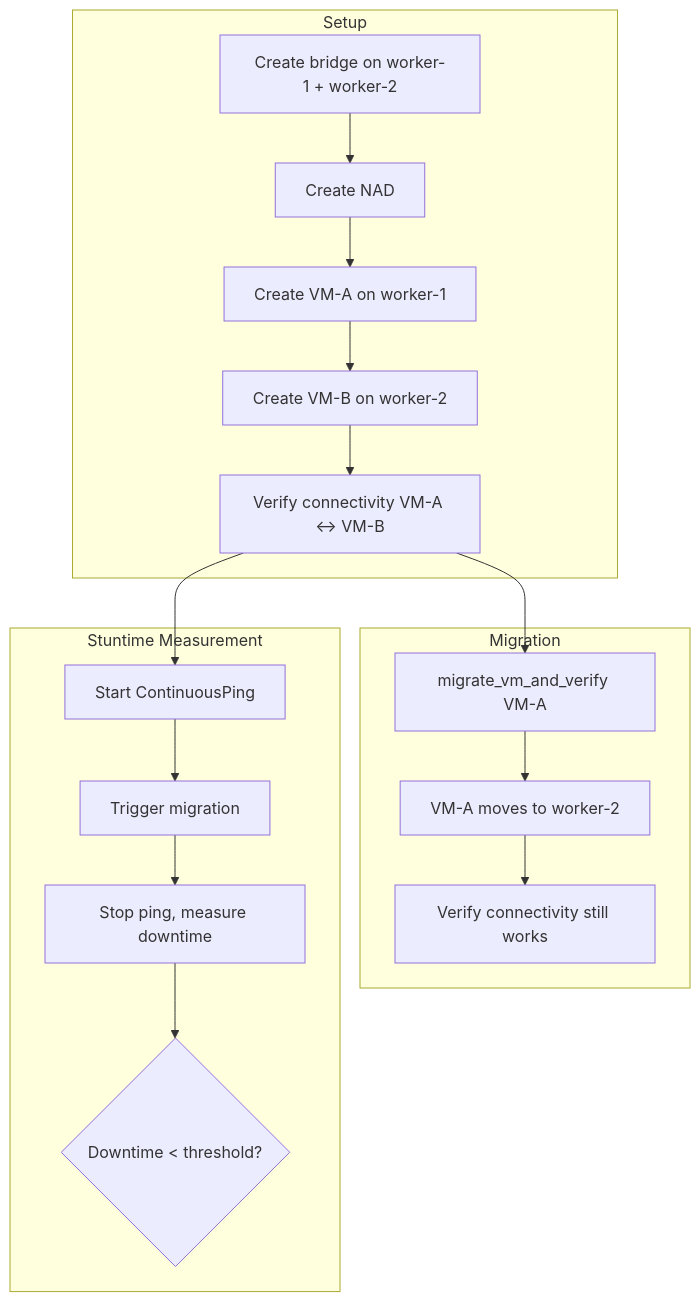
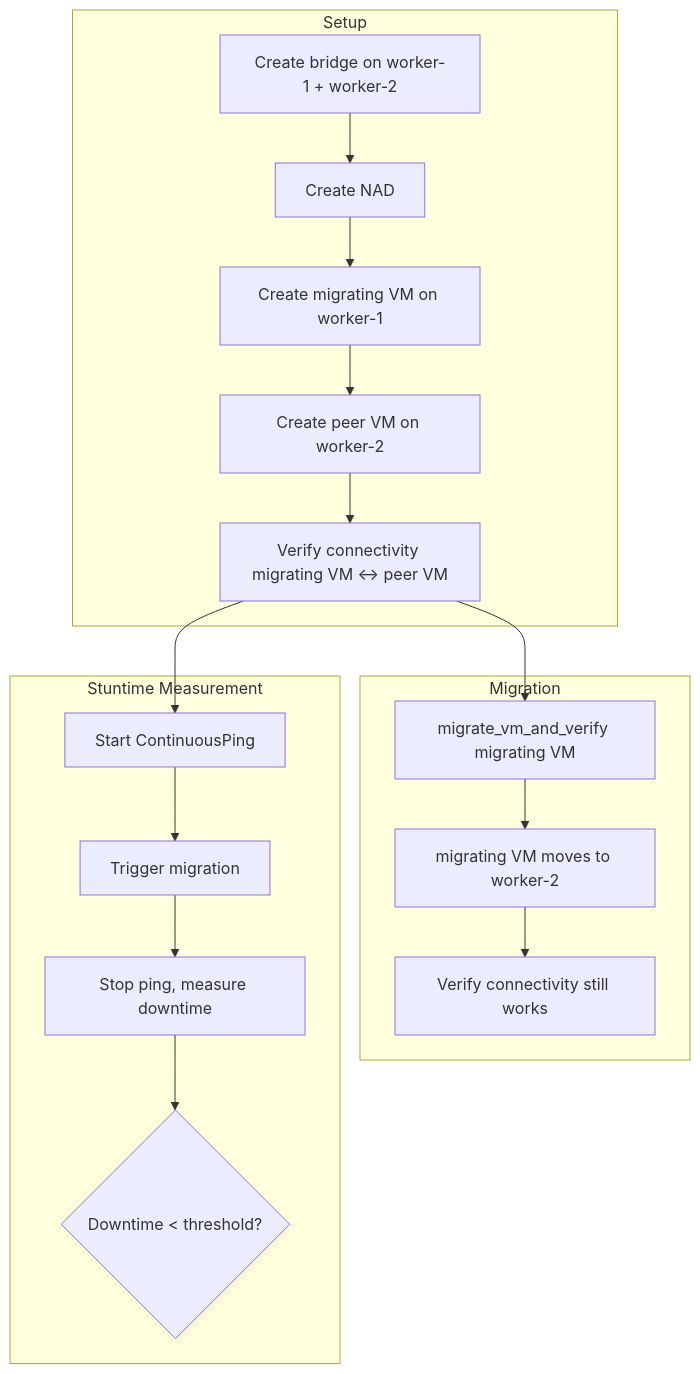
Before and after one commit to rnetser/openshift-virtualization-tests: the first of 2 diagrams in docs/flows/MIGRATION.md, drawn with Mermaid. The commit also changed 6 other files, not shown here.

First line of the commit message:
docs: address review findings in flow diagrams

````diff
--- a/docs/flows/MIGRATION.md
+++ b/docs/flows/MIGRATION.md
@@ -5,23 +5,23 @@
 ```mermaid
 flowchart TD
     subgraph Setup
         A[Create bridge on worker-1 + worker-2] --> B[Create NAD]
-        B --> C[Create VM-A on worker-1]
-        C --> D[Create VM-B on worker-2]
-        D --> E[Verify connectivity VM-A ↔ VM-B]
+        B --> C[Create migrating VM on worker-1]
+        C --> D[Create peer VM on worker-2]
+        D --> E[Verify connectivity migrating VM ↔ peer VM]
     end
 
     subgraph Migration
-        F[migrate_vm_and_verify VM-A] --> G[VM-A moves to worker-2]
+        F[migrate_vm_and_verify migrating VM] --> G[migrating VM moves to worker-2]
         G --> H[Verify connectivity still works]
     end
 
     subgraph Stuntime Measurement
         I[Start ContinuousPing] --> J[Trigger migration]
         J --> K[Stop ping, measure downtime]
         K --> L{Downtime < threshold?}
     end
 
     E --> F
     E --> I
 ```
````
